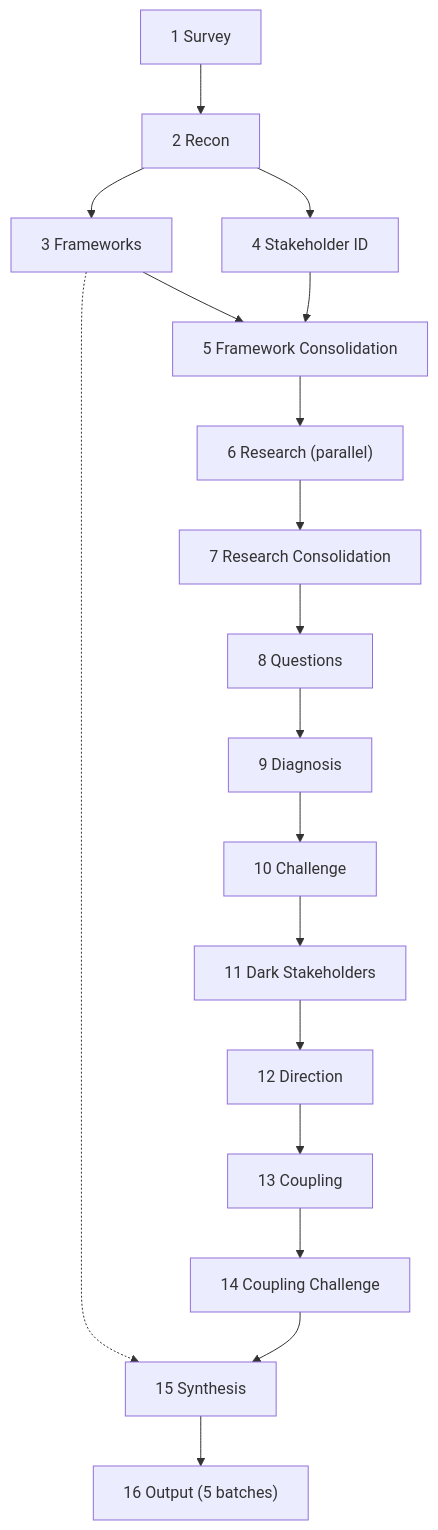
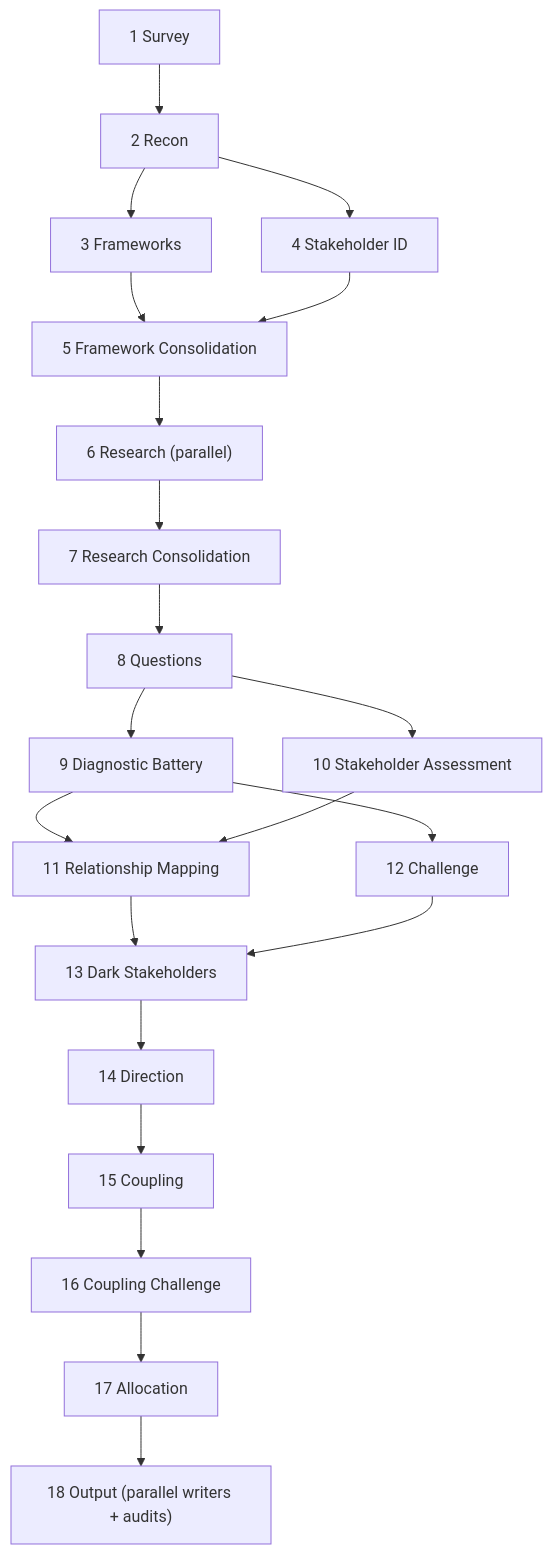
The diagram in tools/staker.md (cppalliance/tools-public), drawn with Mermaid before and after one commit. The commit also changed other lines of this file and 2 other files, not shown here.

````diff
--- a/tools/staker.md
+++ b/tools/staker.md
@@ -7,20 +7,23 @@
 ```mermaid
 flowchart TD
     S1[1 Survey] --> S2[2 Recon]
     S2 --> S3[3 Frameworks]
     S2 --> S4[4 Stakeholder ID]
     S3 --> S5[5 Framework Consolidation]
     S4 --> S5
     S5 --> S6["6 Research (parallel)"]
     S6 --> S7[7 Research Consolidation]
     S7 --> S8[8 Questions]
-    S8 --> S9[9 Diagnosis]
-    S9 --> S10[10 Challenge]
-    S10 --> S11[11 Dark Stakeholders]
-    S11 --> S12[12 Direction]
-    S12 --> S13[13 Coupling]
-    S13 --> S14[14 Coupling Challenge]
-    S3 -.-> S15
-    S14 --> S15[15 Synthesis]
-    S15 --> S16["16 Output (5 batches)"]
+    S8 --> S9[9 Diagnostic Battery]
+    S8 --> S10[10 Stakeholder Assessment]
+    S9 --> S11[11 Relationship Mapping]
+    S10 --> S11
+    S9 --> S12[12 Challenge]
+    S11 --> S13[13 Dark Stakeholders]
+    S12 --> S13
+    S13 --> S14[14 Direction]
+    S14 --> S15[15 Coupling]
+    S15 --> S16[16 Coupling Challenge]
+    S16 --> S17[17 Allocation]
+    S17 --> S18["18 Output (parallel writers + audits)"]
 ```
````
